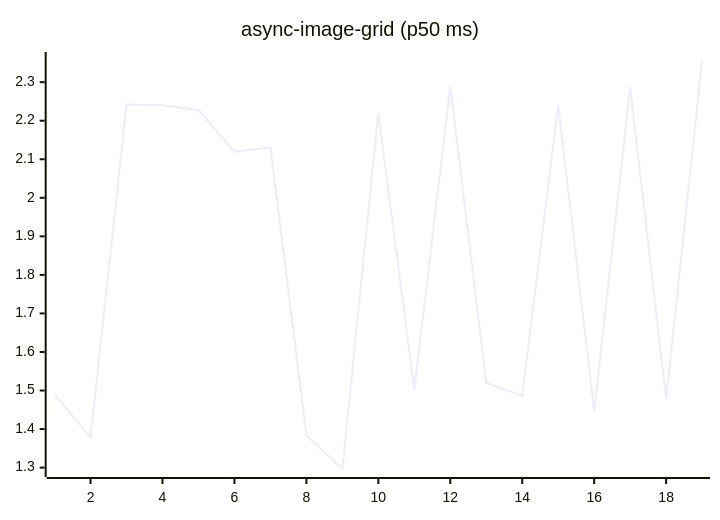
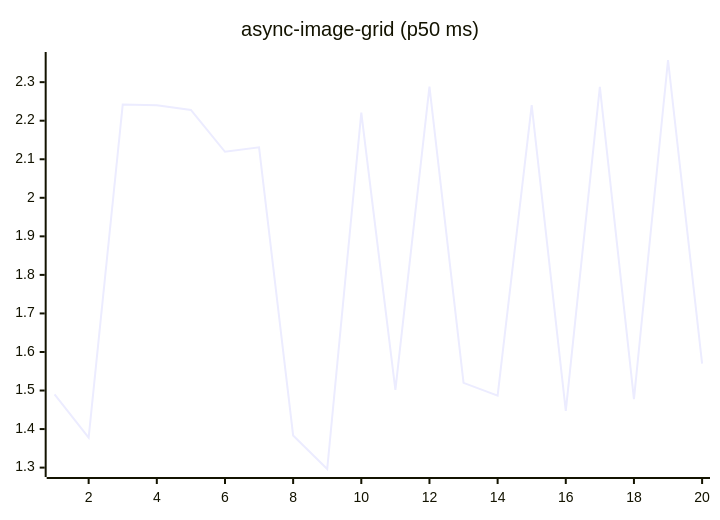
Before and after one commit to josha/Facet: the fifth of 27 diagrams in README.md, drawn with Mermaid. The commit also changed other lines of this file and 2 other files, not shown here.

````diff
--- a/README.md
+++ b/README.md
@@ -91,6 +91,6 @@
 ```mermaid
 xychart-beta
     title "async-image-grid (p50 ms)"
-    x-axis 1 --> 19
-    line [1.4898, 1.3778, 2.2419, 2.2404, 2.2280, 2.1194, 2.1310, 1.3834, 1.2964, 2.2208, 1.5015, 2.2886, 1.5200, 1.4868, 2.2404, 1.4470, 2.2880, 1.4779, 2.3575]
+    x-axis 1 --> 20
+    line [1.4898, 1.3778, 2.2419, 2.2404, 2.2280, 2.1194, 2.1310, 1.3834, 1.2964, 2.2208, 1.5015, 2.2886, 1.5200, 1.4868, 2.2404, 1.4470, 2.2880, 1.4779, 2.3575, 1.5699]
 ```
````
